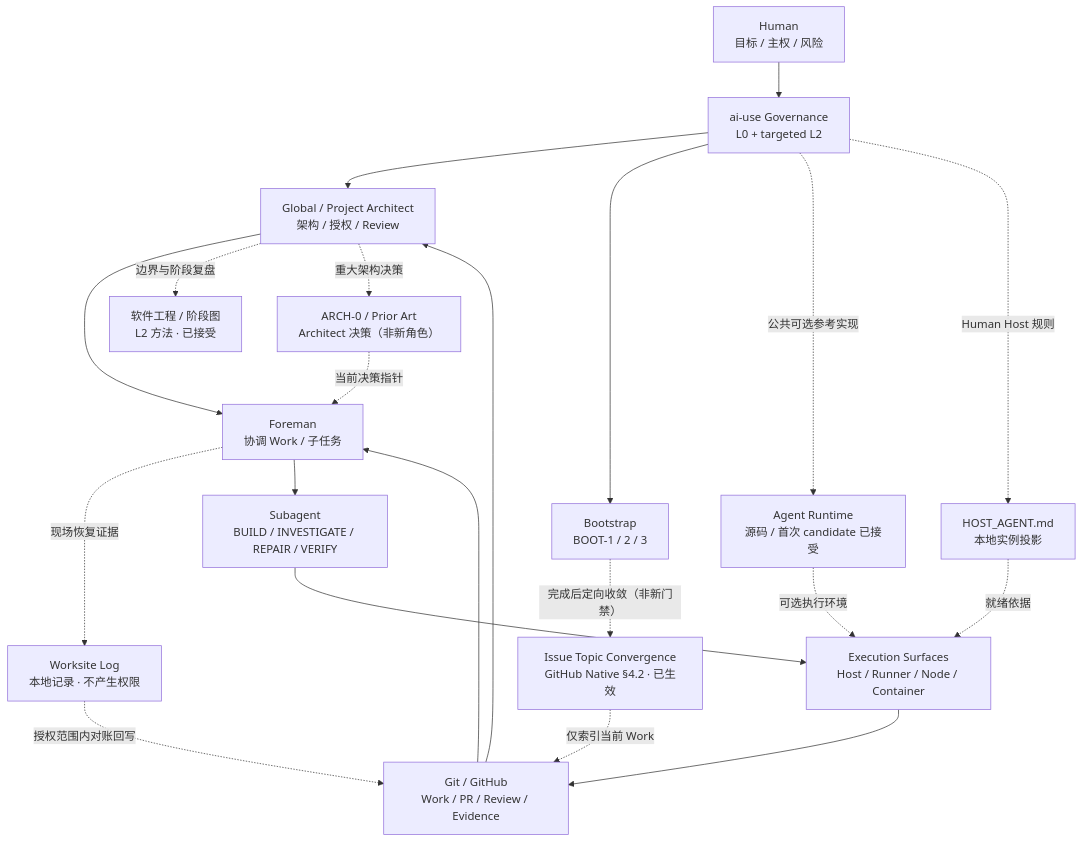
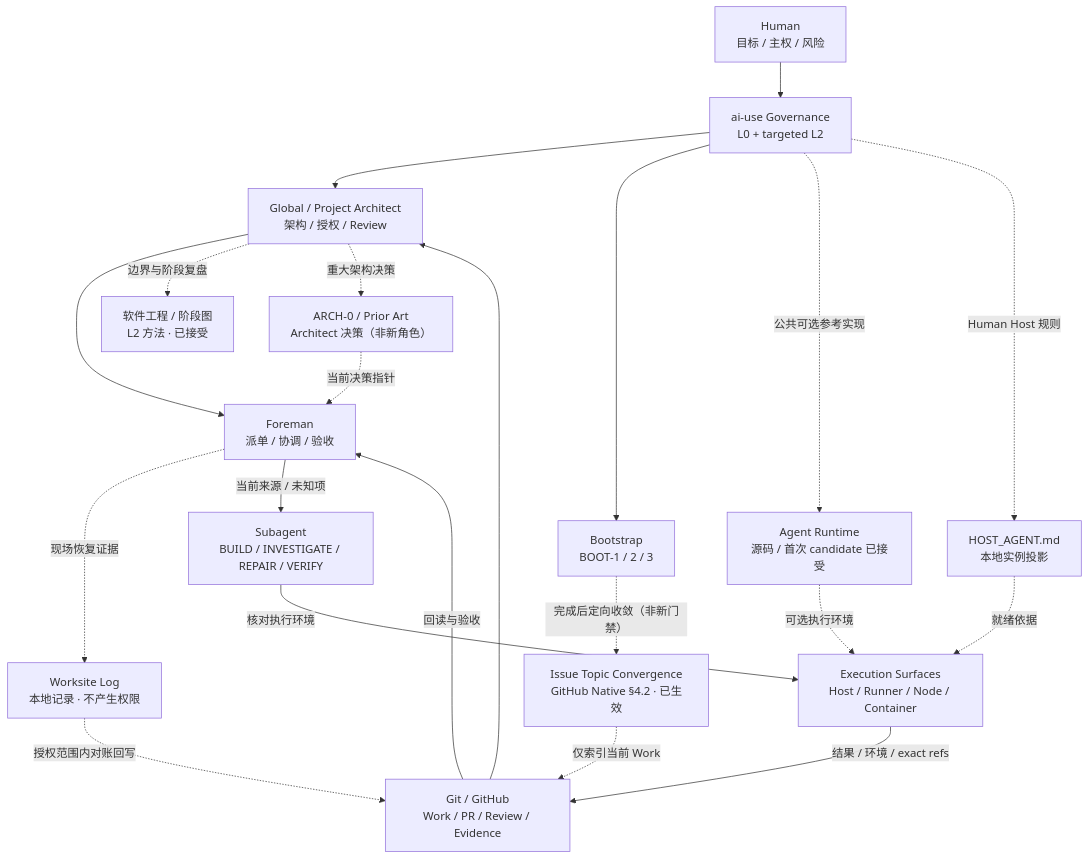
Before and after one commit to youling/ai-use: the diagram in README.md, drawn with Mermaid. The commit also changed other lines of this file and 5 other files, not shown here.

First line of the commit message:
docs: refresh governance navigation, diagrams and current research (#191)

````diff
--- a/README.md
+++ b/README.md
@@ -38,23 +38,23 @@
 ```mermaid
 flowchart TD
   H["Human\n目标 / 主权 / 风险"] --> G["ai-use Governance\nL0 + targeted L2"]
   G --> A["Global / Project Architect\n架构 / 授权 / Review"]
   G --> B["Bootstrap\nBOOT-1 / 2 / 3"]
   B -. "完成后定向收敛（非新门禁）" .-> I["Issue Topic Convergence\nGitHub Native §4.2 · 已生效"]
-  A --> F["Foreman\n协调 Work / 子任务"]
+  A --> F["Foreman\n派单 / 协调 / 验收"]
   A -. "边界与阶段复盘" .-> E["软件工程 / 阶段图\nL2 方法 · 已接受"]
   F -. "现场恢复证据" .-> W["Worksite Log\n本地记录 · 不产生权限"]
   W -. "授权范围内对账回写" .-> D
   A -. "重大架构决策" .-> R["ARCH-0 / Prior Art\nArchitect 决策（非新角色）"]
   R -. "当前决策指针" .-> F
-  F --> S["Subagent\nBUILD / INVESTIGATE / REPAIR / VERIFY"]
-  S --> X["Execution Surfaces\nHost / Runner / Node / Container"]
-  X --> D["Git / GitHub\nWork / PR / Review / Evidence"]
+  F -->|"当前来源 / 未知项"| S["Subagent\nBUILD / INVESTIGATE / REPAIR / VERIFY"]
+  S -->|"核对执行环境"| X["Execution Surfaces\nHost / Runner / Node / Container"]
+  X -->|"结果 / 环境 / exact refs"| D["Git / GitHub\nWork / PR / Review / Evidence"]
   I -. "仅索引当前 Work" .-> D
-  D --> F
+  D -->|"回读与验收"| F
   D --> A
   G -. "公共可选参考实现" .-> AR["Agent Runtime\n源码 / 首次 candidate 已接受"]
   AR -. "可选执行环境" .-> X
   G -. "Human Host 规则" .-> HH["HOST_AGENT.md\n本地实例投影"]
   HH -. "就绪依据" .-> X
 ```
````
